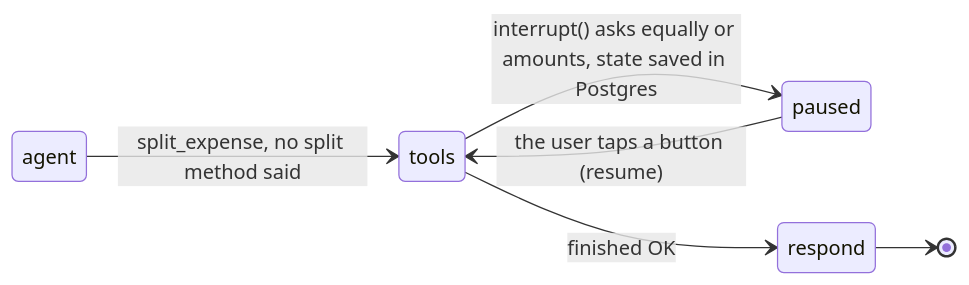
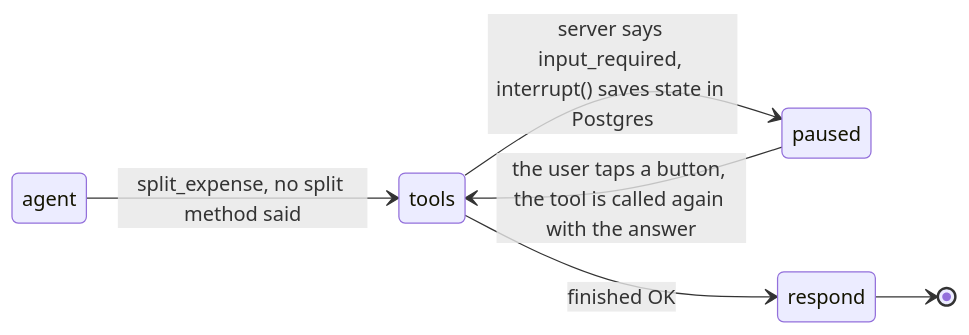
The sixth of 6 diagrams in docs/STATE_GRAPH.md (yeturu-surya-fission/Expense_Tracker), drawn with Mermaid before and after one commit. The commit also changed other lines of this file and 132 other files, not shown here.

````diff
--- a/docs/STATE_GRAPH.md
+++ b/docs/STATE_GRAPH.md
@@ -167,9 +173,9 @@
 ```mermaid
 stateDiagram-v2
     direction LR
     agent --> tools : split_expense, no split method said
-    tools --> paused : interrupt() asks equally or amounts, state saved in Postgres
-    paused --> tools : the user taps a button (resume)
+    tools --> paused : server says input_required, interrupt() saves state in Postgres
+    paused --> tools : the user taps a button, the tool is called again with the answer
     tools --> respond : finished OK
     respond --> [*]
 ```
````
